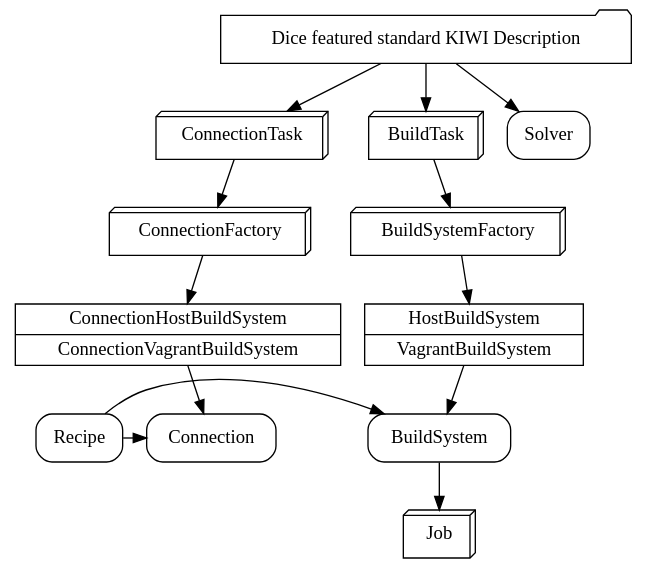
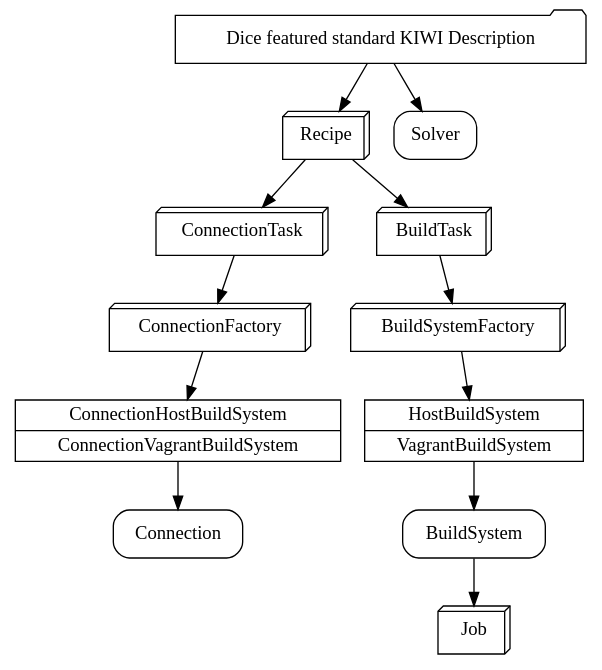
Before and after one commit to OSInside/dice: the diagram in .dice.dot, drawn with Graphviz. The commit also changed 13 other files, not shown here.

```diff
--- a/.dice.dot
+++ b/.dice.dot
@@ -1,66 +1,65 @@
 // dot -Gsplines=ortho -Tpng -oMyGraph.png dice/.dice.dot
 
 digraph Dice {
   {
     node [shape=box3d]
     Job
     BuildSystemFactory
     ConnectionTask
     BuildTask
     ConnectionFactory
+    Recipe
 //    Command
 //    DiceConfig
   }
   
   {
     node [shape=folder]
     Description [label="Dice featured standard KIWI Description"]
   }
 
   {
     node [shape=box style=rounded]
 //    Logger
     Solver
     Recipe
     BuildSystem
     Connection
   }
 
   {
     node [shape=record]
     BSFactory [label="{HostBuildSystem|VagrantBuildSystem}"]
   }
 
   {
     node [shape=record]
     CBSFactory [label="{ConnectionHostBuildSystem|ConnectionVagrantBuildSystem}"]
   }
 
+  Description -> Recipe
 
-  Description -> BuildTask
+  Recipe -> BuildTask
 
-  Description -> ConnectionTask
+  Recipe -> ConnectionTask
 
   Description -> Solver
 
   BuildSystemFactory -> BSFactory
 
   BuildTask -> BuildSystemFactory
 
   BSFactory -> BuildSystem
 
   BuildSystem -> Job
 
   ConnectionFactory -> CBSFactory
 
   ConnectionTask -> ConnectionFactory
 
   CBSFactory -> Connection
 
-  {rank=same; Recipe -> Connection}
-  {rank=same; Recipe -> BuildSystem}
-
 
 //  DiceConfig -> Recipe
 
 }
```
